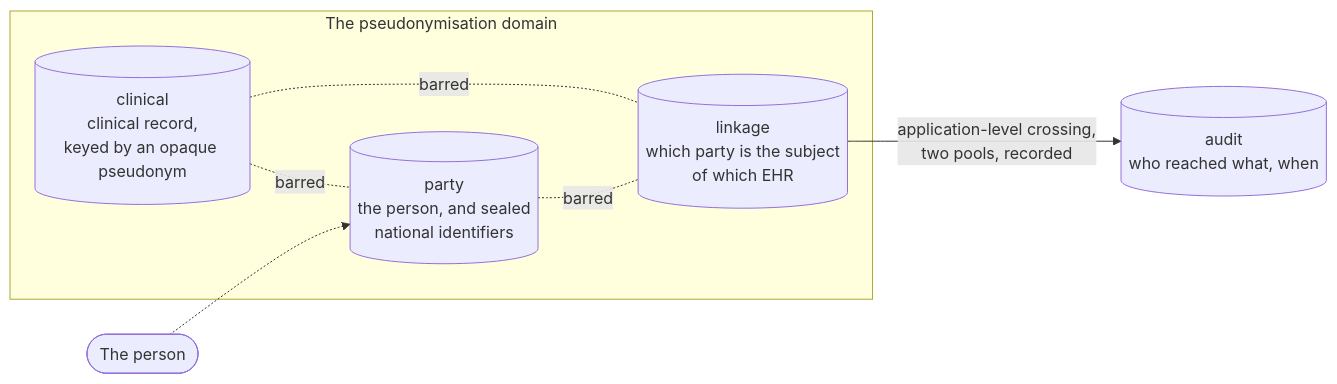
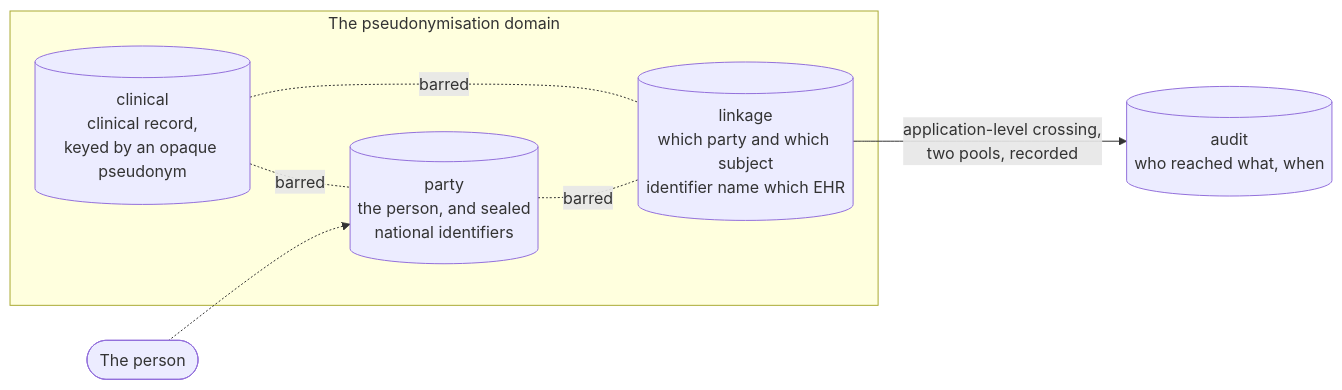
Before and after one commit to rubentalstra/FerroEHR: the diagram in website/book/src/security/dpia.md, drawn with Mermaid. The commit also changed other lines of this file and 33 other files, not shown here.

First line of the commit message:
feat(linkage): subject_ehr absorbs the EHR index and the subject-proxy subject key

````diff
--- a/website/book/src/security/dpia.md
+++ b/website/book/src/security/dpia.md
@@ -82,15 +82,15 @@
 ```mermaid
 flowchart LR
     subject(["The person"])
     subgraph dom ["The pseudonymisation domain"]
         clin[("clinical<br/>clinical record,<br/>keyed by an opaque pseudonym")]
         demo[("party<br/>the person, and sealed<br/>national identifiers")]
-        link[("linkage<br/>which party is the subject<br/>of which EHR")]
+        link[("linkage<br/>which party and which subject<br/>identifier name which EHR")]
     end
     aud[("audit<br/>who reached what, when")]
     subject -.-> demo
     clin -. barred .- demo
     clin -. barred .- link
     demo -. barred .- link
     link -->|"application-level crossing,<br/>two pools, recorded"| aud
 ```
````
